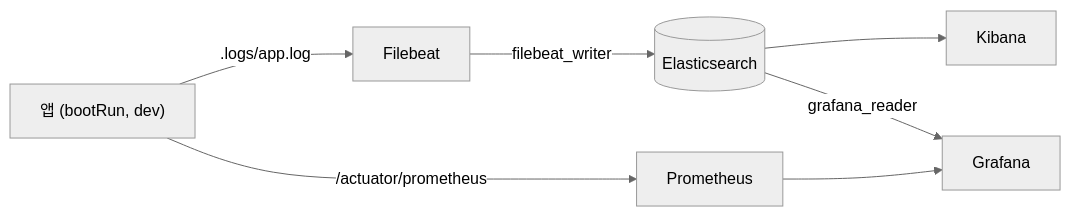
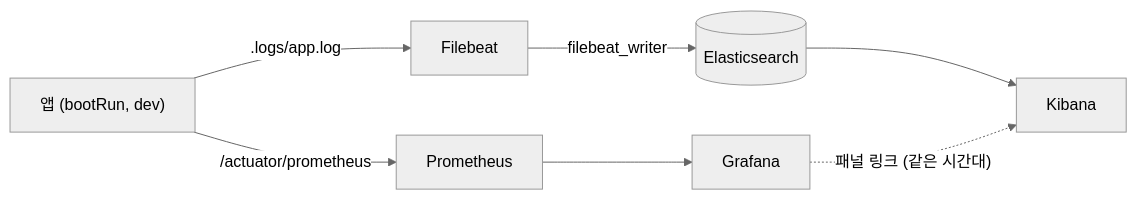
One commit to sb14-4team/sb14-deokhugam-4team changed the diagram in monitoring/README.md. Above: the diagram before and after it, drawn with Mermaid (neutral theme). The commit also changed other lines of this file and 4 other files, not shown here.

````diff
--- a/monitoring/README.md
+++ b/monitoring/README.md
@@ -6,9 +6,9 @@
 ```mermaid
 flowchart LR
   app["앱 (bootRun, dev)"] -->|".logs/app.log"| fb[Filebeat]
   fb -->|filebeat_writer| es[(Elasticsearch)]
   es --> kb[Kibana]
   app -->|/actuator/prometheus| prom[Prometheus]
   prom --> gf[Grafana]
-  es -->|grafana_reader| gf
+  gf -.->|"패널 링크 (같은 시간대)"| kb
 ```
````
